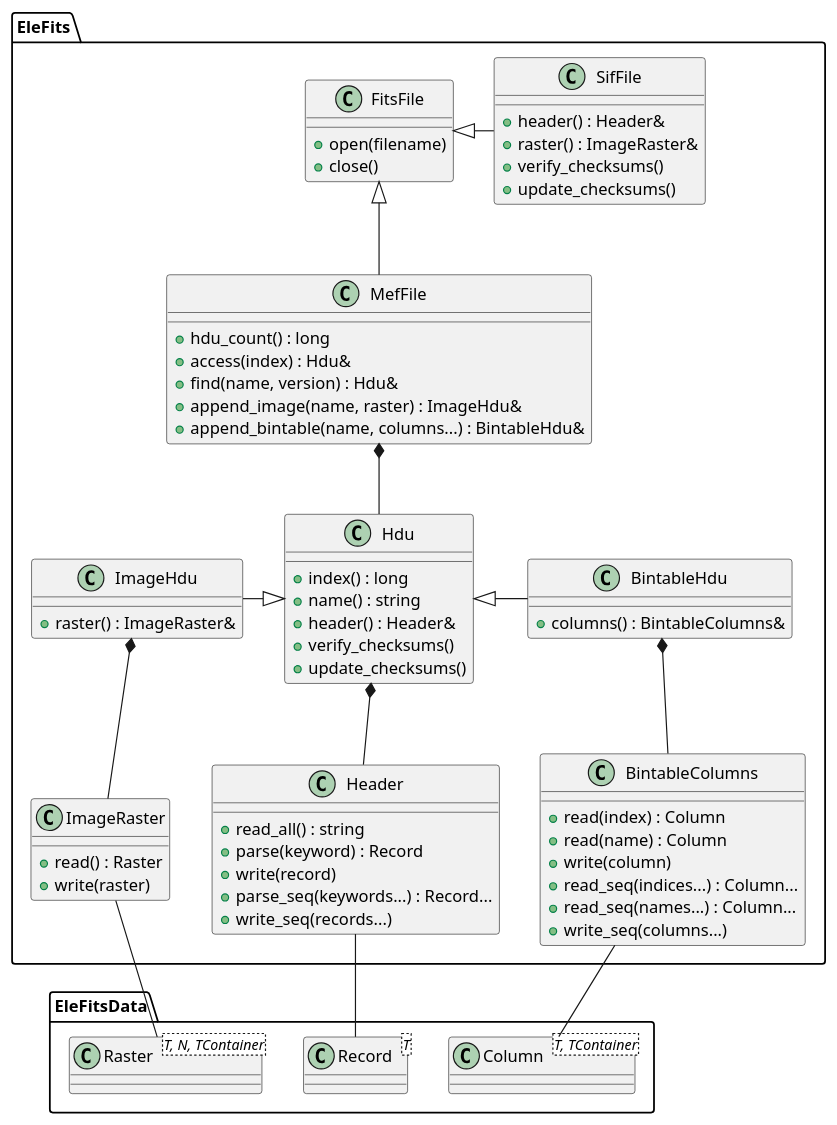
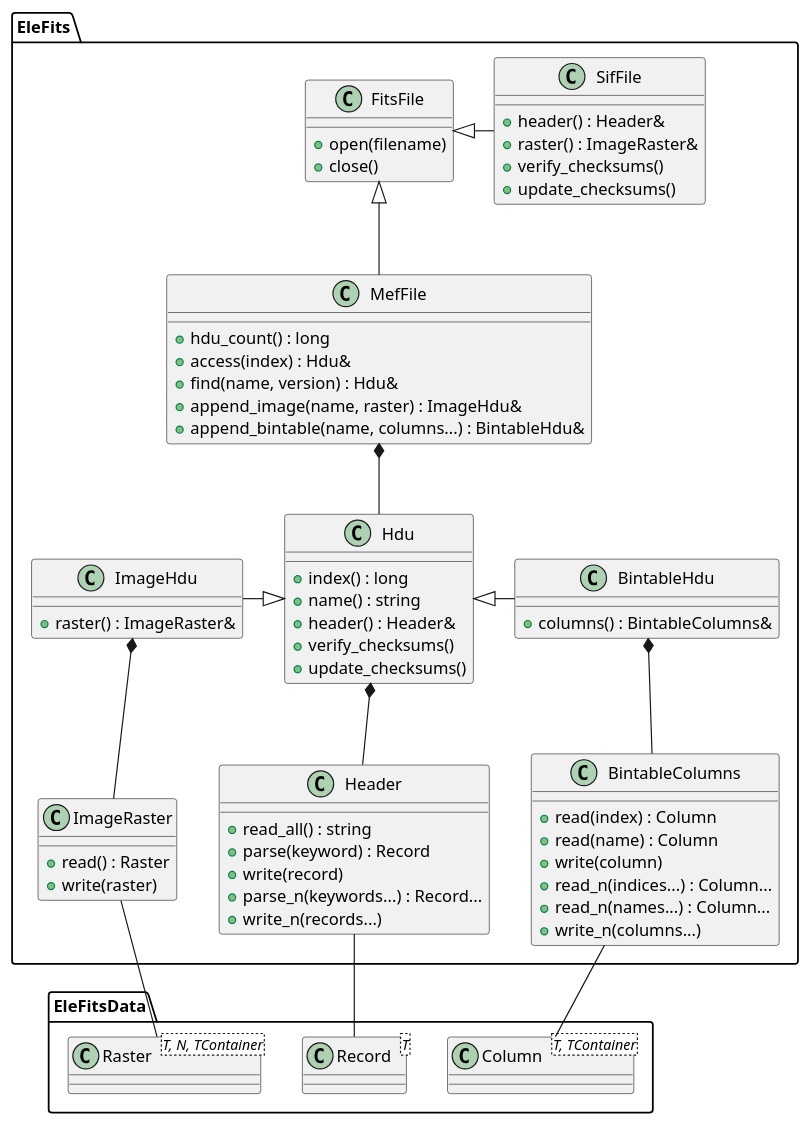
One commit to CNES/EleFits changed the diagram in doc/diagrams/src/FitsFile.puml. Above: the diagram before and after it, drawn with PlantUML. The commit also changed 28 other files, not shown here.

```diff
--- a/doc/diagrams/src/FitsFile.puml
+++ b/doc/diagrams/src/FitsFile.puml
@@ -1,88 +1,88 @@
 @startuml
 package EleFitsData {
 
 class Record<T> {
 }
 
 class Raster<T, N, TContainer> {
 }
 
 class Column<T, TContainer> {
 }
 
 }
 
 package EleFits {
 
 class FitsFile {
 + open(filename)
 + close()
 }
 
 class SifFile {
 + header() : Header&
 + raster() : ImageRaster&
 + verify_checksums()
 + update_checksums()
 }
 
 class MefFile {
 + hdu_count() : long
 + access(index) : Hdu&
 + find(name, version) : Hdu&
 + append_image(name, raster) : ImageHdu&
 + append_bintable(name, columns...) : BintableHdu&
 }
 
 class Hdu {
 + index() : long
 + name() : string
 + header() : Header&
 + verify_checksums()
 + update_checksums()
 }
 
 class ImageHdu {
 + raster() : ImageRaster&
 }
 
 class BintableHdu {
 + columns() : BintableColumns&
 }
 
 class Header {
 + read_all() : string
 + parse(keyword) : Record
 + write(record)
-+ parse_seq(keywords...) : Record...
-+ write_seq(records...)
++ parse_n(keywords...) : Record...
++ write_n(records...)
 }
 
 class ImageRaster {
 + read() : Raster
 + write(raster)
 }
 
 class BintableColumns {
 + read(index) : Column
 + read(name) : Column
 + write(column)
-+ read_seq(indices...) : Column...
-+ read_seq(names...) : Column...
-+ write_seq(columns...)
++ read_n(indices...) : Column...
++ read_n(names...) : Column...
++ write_n(columns...)
 }
 
 }
 
 FitsFile <|- SifFile
 FitsFile <|-- MefFile
 ImageHdu -|> Hdu
 Hdu <|- BintableHdu
 Hdu *-- Header
 ImageHdu *-- ImageRaster
 BintableHdu *-- BintableColumns
 MefFile *-- Hdu
 Header -- Record
 ImageRaster -- Raster
 BintableColumns -- Column
 @enduml
```
